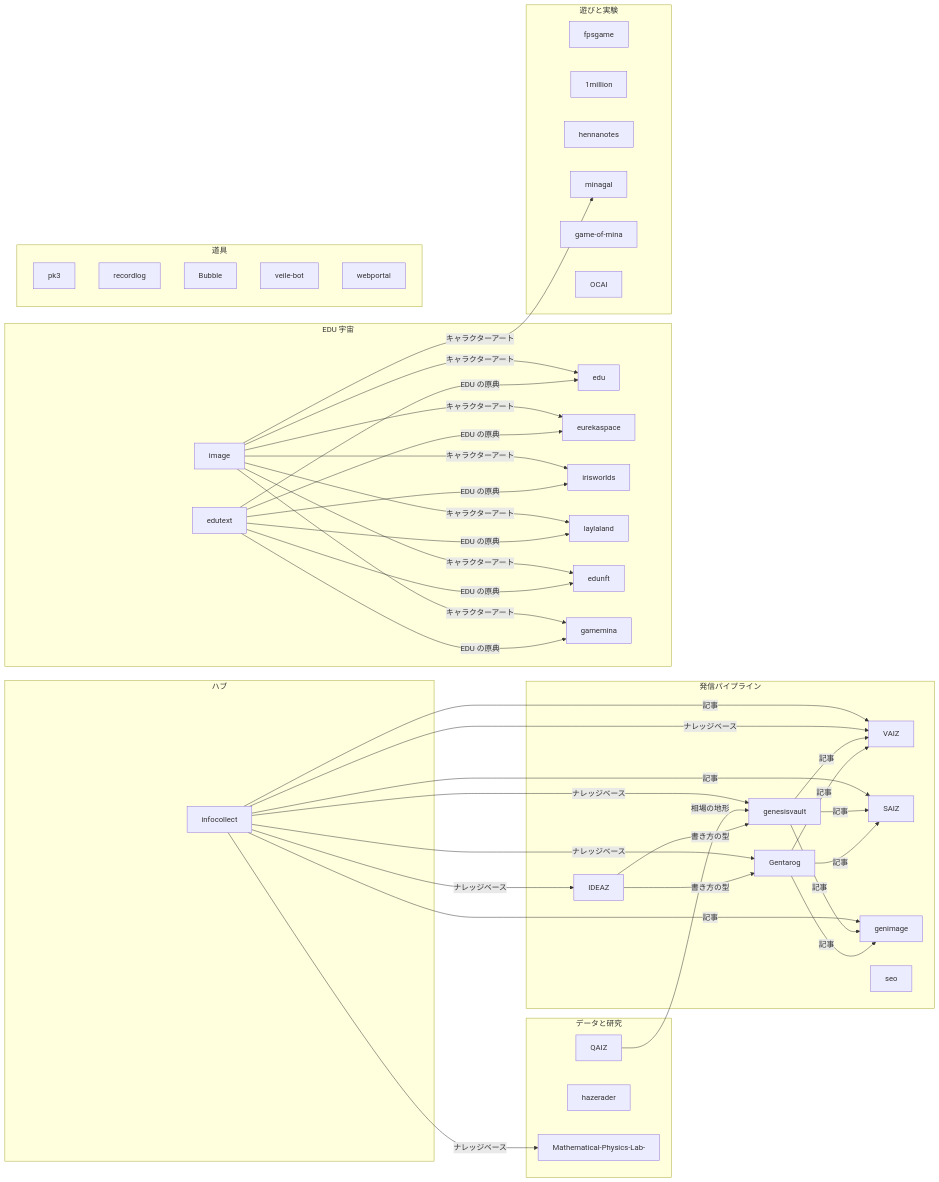
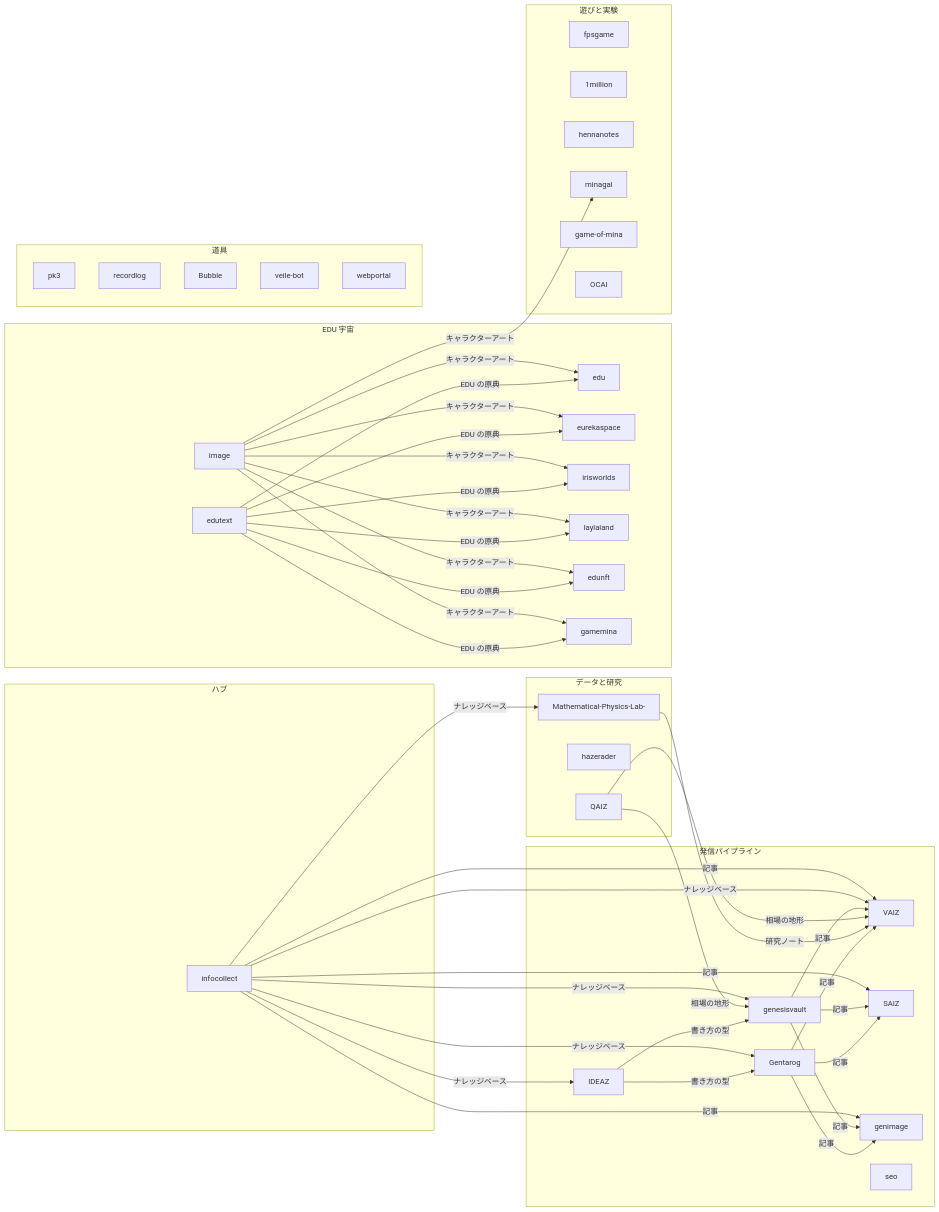
Before and after one commit to gentaron/infocollect: the diagram in ecosystem/README.md, drawn with Mermaid. The commit also changed other lines of this file and 7 other files, not shown here.

First line of the commit message:
feat(ecosystem): network feeds (gentaron.feed/1) flow into the KB

````diff
--- a/ecosystem/README.md
+++ b/ecosystem/README.md
@@ -7,75 +7,77 @@
 ```mermaid
 flowchart LR
   subgraph g_hub["ハブ"]
     r_infocollect["infocollect"]
   end
   subgraph g_pipeline["発信パイプライン"]
     r_IDEAZ["IDEAZ"]
     r_genesisvault["genesisvault"]
     r_Gentarog["Gentarog"]
     r_VAIZ["VAIZ"]
     r_SAIZ["SAIZ"]
     r_genimage["genimage"]
     r_seo["seo"]
   end
   subgraph g_data["データと研究"]
     r_QAIZ["QAIZ"]
     r_hazerader["hazerader"]
     r_Mathematical_Physics_Lab_["Mathematical-Physics-Lab-"]
   end
   subgraph g_edu["EDU 宇宙"]
     r_edutext["edutext"]
     r_image["image"]
     r_edu["edu"]
     r_eurekaspace["eurekaspace"]
     r_irisworlds["irisworlds"]
     r_laylaland["laylaland"]
     r_edunft["edunft"]
     r_gamemina["gamemina"]
   end
   subgraph g_play["遊びと実験"]
     r_fpsgame["fpsgame"]
     r_1million["1million"]
     r_hennanotes["hennanotes"]
     r_minagal["minagal"]
     r_game_of_mina["game-of-mina"]
     r_OCAI["OCAI"]
   end
   subgraph g_tools["道具"]
     r_pk3["pk3"]
     r_recordlog["recordlog"]
     r_Bubble["Bubble"]
     r_veile_bot["veile-bot"]
     r_webportal["webportal"]
   end
   r_Gentarog -->|記事| r_SAIZ
   r_Gentarog -->|記事| r_VAIZ
   r_Gentarog -->|記事| r_genimage
   r_IDEAZ -->|書き方の型| r_Gentarog
   r_IDEAZ -->|書き方の型| r_genesisvault
+  r_Mathematical_Physics_Lab_ -->|研究ノート| r_VAIZ
+  r_QAIZ -->|相場の地形| r_VAIZ
   r_QAIZ -->|相場の地形| r_genesisvault
   r_edutext -->|EDU の原典| r_edu
   r_edutext -->|EDU の原典| r_edunft
   r_edutext -->|EDU の原典| r_eurekaspace
   r_edutext -->|EDU の原典| r_gamemina
   r_edutext -->|EDU の原典| r_irisworlds
   r_edutext -->|EDU の原典| r_laylaland
   r_genesisvault -->|記事| r_SAIZ
   r_genesisvault -->|記事| r_VAIZ
   r_genesisvault -->|記事| r_genimage
   r_image -->|キャラクターアート| r_edu
   r_image -->|キャラクターアート| r_edunft
   r_image -->|キャラクターアート| r_eurekaspace
   r_image -->|キャラクターアート| r_gamemina
   r_image -->|キャラクターアート| r_irisworlds
   r_image -->|キャラクターアート| r_laylaland
   r_image -->|キャラクターアート| r_minagal
   r_infocollect -->|ナレッジベース| r_Gentarog
   r_infocollect -->|ナレッジベース| r_IDEAZ
   r_infocollect -->|ナレッジベース| r_Mathematical_Physics_Lab_
   r_infocollect -->|ナレッジベース| r_VAIZ
   r_infocollect -->|ナレッジベース| r_genesisvault
   r_infocollect -->|記事| r_SAIZ
   r_infocollect -->|記事| r_VAIZ
   r_infocollect -->|記事| r_genimage
 ```
````
